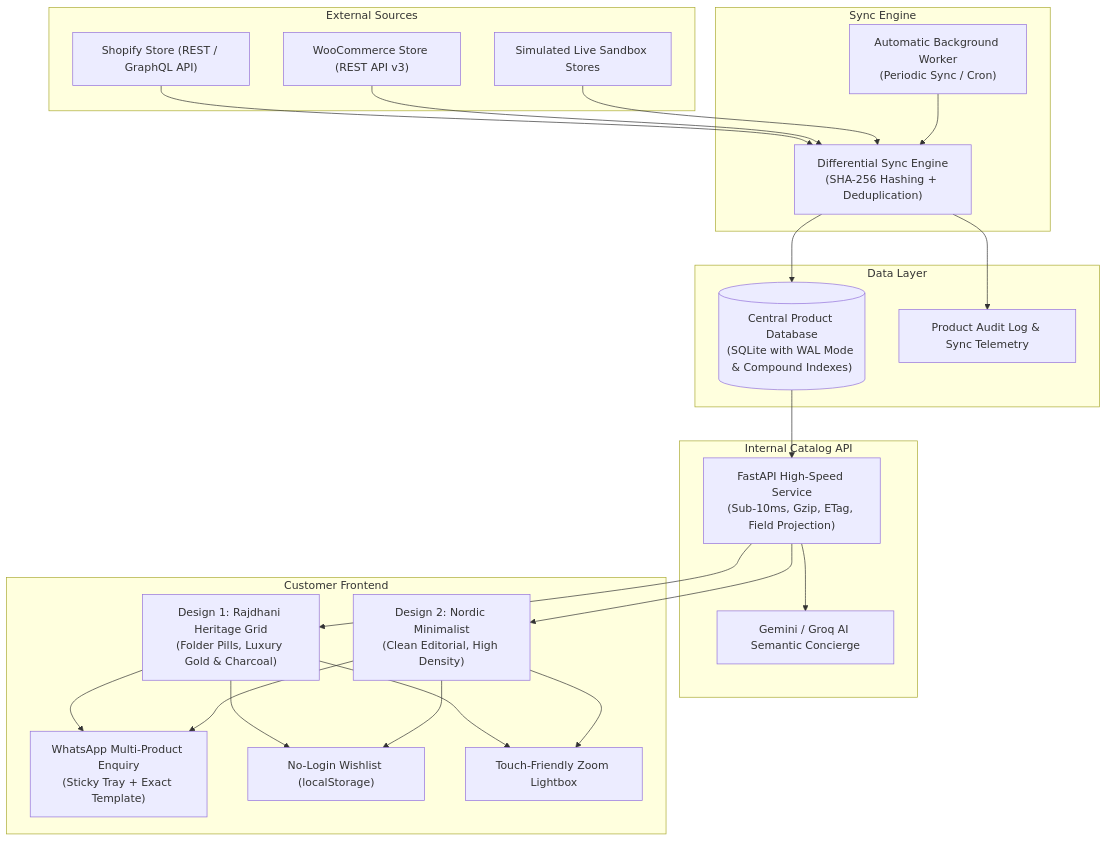
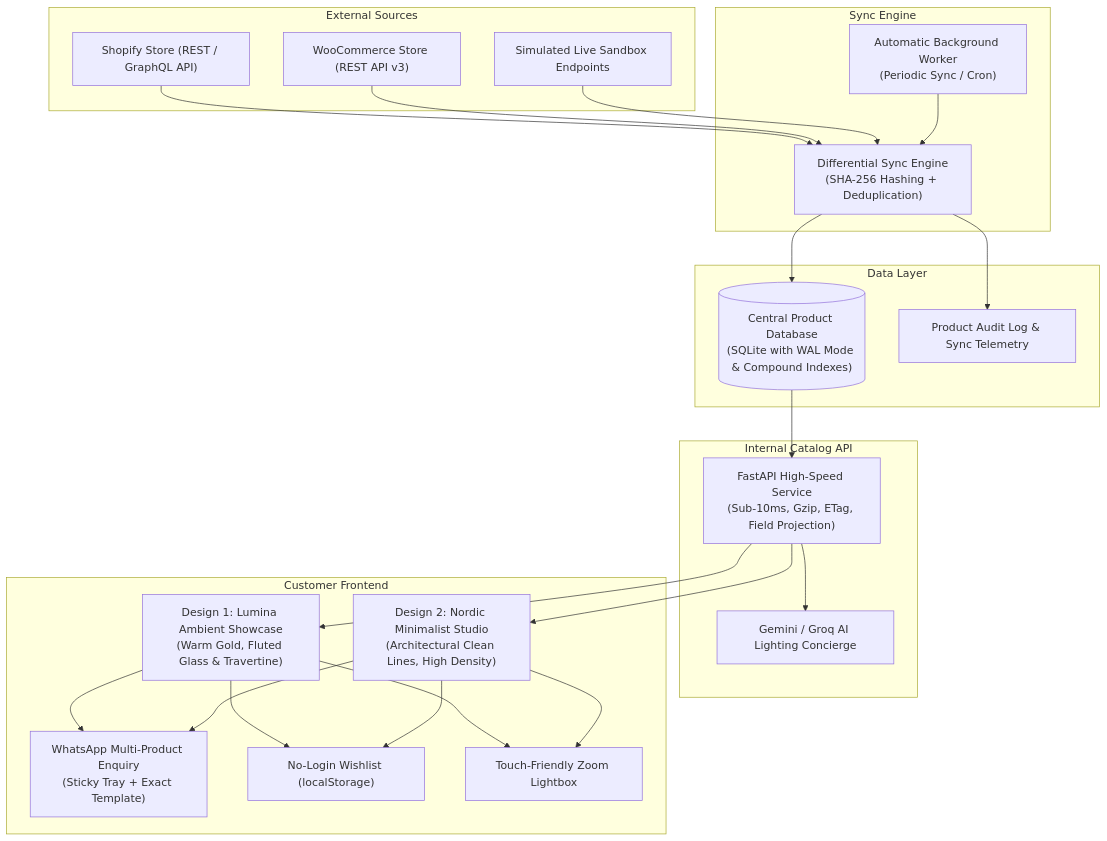
The diagram in README.md (morekrupa/SMA), drawn with Mermaid before and after one commit. The commit also changed other lines of this file and 16 other files, not shown here.

````diff
--- a/README.md
+++ b/README.md
@@ -33,48 +35,48 @@
 ```mermaid
 flowchart TD
     subgraph External Sources
         S1["Shopify Store (REST / GraphQL API)"]
         S2["WooCommerce Store (REST API v3)"]
-        S3["Simulated Live Sandbox Stores"]
+        S3["Simulated Live Sandbox Endpoints"]
     end
 
     subgraph Sync Engine
         SE["Differential Sync Engine<br/>(SHA-256 Hashing + Deduplication)"]
         SC["Automatic Background Worker<br/>(Periodic Sync / Cron)"]
     end
 
     subgraph Data Layer
         DB[("Central Product Database<br/>(SQLite with WAL Mode & Compound Indexes)")]
         AL["Product Audit Log & Sync Telemetry"]
     end
 
     subgraph Internal Catalog API
         API["FastAPI High-Speed Service<br/>(Sub-10ms, Gzip, ETag, Field Projection)"]
-        AI["Gemini / Groq AI Semantic Concierge"]
+        AI["Gemini / Groq AI Lighting Concierge"]
     end
 
     subgraph Customer Frontend
-        D1["Design 1: Rajdhani Heritage Grid<br/>(Folder Pills, Luxury Gold & Charcoal)"]
-        D2["Design 2: Nordic Minimalist<br/>(Clean Editorial, High Density)"]
+        D1["Design 1: Lumina Ambient Showcase<br/>(Warm Gold, Fluted Glass & Travertine)"]
+        D2["Design 2: Nordic Minimalist Studio<br/>(Architectural Clean Lines, High Density)"]
         WA["WhatsApp Multi-Product Enquiry<br/>(Sticky Tray + Exact Template)"]
         WL["No-Login Wishlist (localStorage)"]
         LB["Touch-Friendly Zoom Lightbox"]
     end
 
     S1 --> SE
     S2 --> SE
     S3 --> SE
     SC --> SE
     SE --> DB
     SE --> AL
     DB --> API
     API --> AI
     API --> D1
     API --> D2
     D1 --> WA
     D2 --> WA
     D1 --> WL
     D2 --> WL
     D1 --> LB
     D2 --> LB
 ```
````
